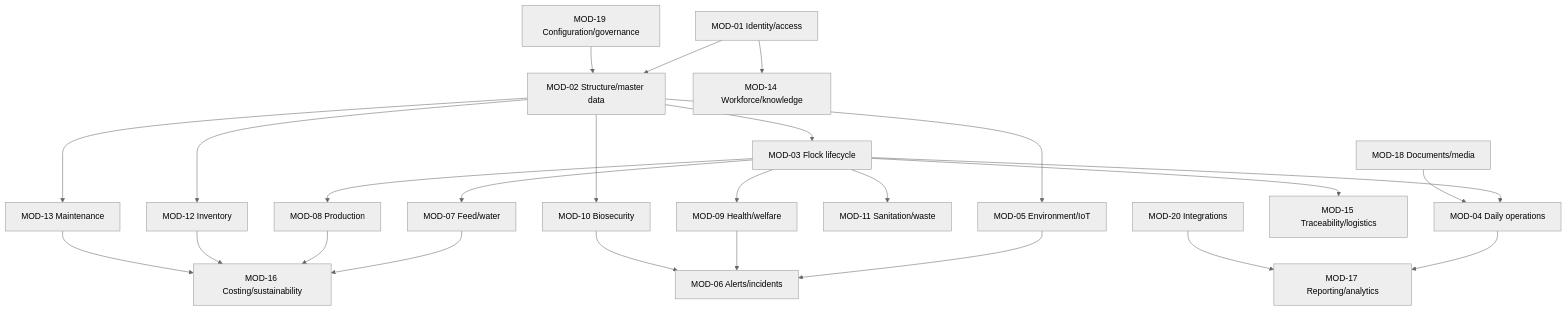
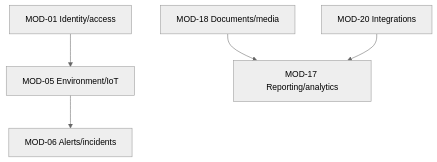
Before and after one commit to Alobster49/AyamNorliza: the third of 3 diagrams in documentation/Planing/00-foundation.md, drawn with Mermaid (neutral theme). The commit also changed other lines of this file and 176 other files, not shown here.

First line of the commit message:
feat: remove deprecated features, add access-control and identity-access

````diff
--- a/documentation/Planing/00-foundation.md
+++ b/documentation/Planing/00-foundation.md
@@ -419,27 +419,7 @@
 ```mermaid
 flowchart TD
-    M1[MOD-01 Identity/access] --> M2[MOD-02 Structure/master data]
-    M2 --> M3[MOD-03 Flock lifecycle]
-    M2 --> M5[MOD-05 Environment/IoT]
-    M3 --> M4[MOD-04 Daily operations]
-    M3 --> M7[MOD-07 Feed/water]
-    M3 --> M8[MOD-08 Production]
-    M3 --> M9[MOD-09 Health/welfare]
-    M2 --> M10[MOD-10 Biosecurity]
-    M3 --> M11[MOD-11 Sanitation/waste]
-    M2 --> M12[MOD-12 Inventory]
-    M2 --> M13[MOD-13 Maintenance]
-    M1 --> M14[MOD-14 Workforce/knowledge]
-    M3 --> M15[MOD-15 Traceability/logistics]
-    M7 --> M16[MOD-16 Costing/sustainability]
-    M8 --> M16
-    M12 --> M16
-    M13 --> M16
-    M4 --> M17[MOD-17 Reporting/analytics]
+    M1[MOD-01 Identity/access] --> M5[MOD-05 Environment/IoT]
     M5 --> M6[MOD-06 Alerts/incidents]
-    M9 --> M6
-    M10 --> M6
-    M18[MOD-18 Documents/media] --> M4
-    M19[MOD-19 Configuration/governance] --> M2
+    M18[MOD-18 Documents/media] --> M17[MOD-17 Reporting/analytics]
     M20[MOD-20 Integrations] --> M17
 ```
````
